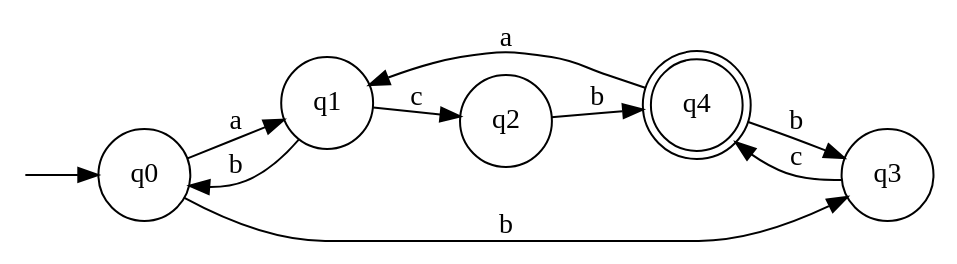
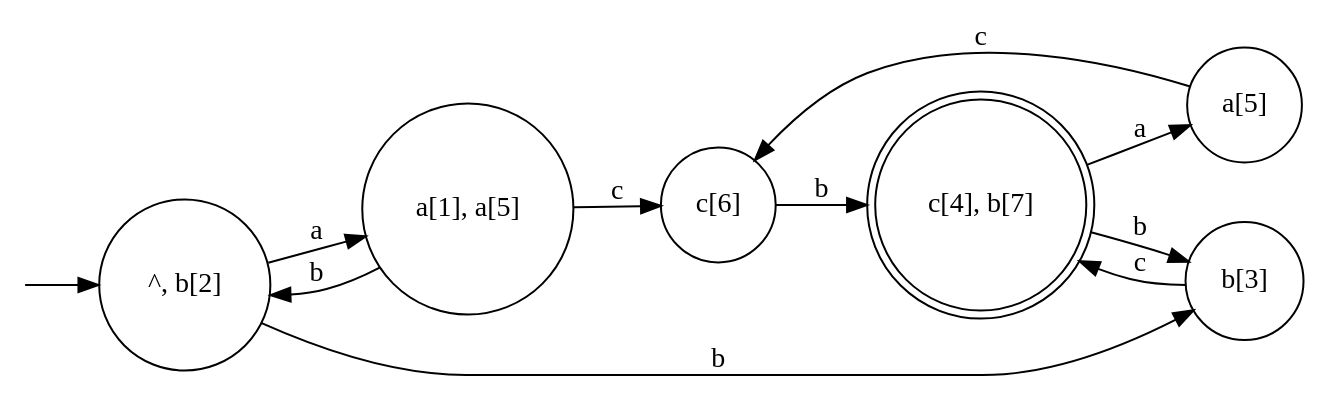
One commit to water-mizuu/finite_automata_conversion changed the diagram in dfa_m.dot. Above: the diagram before and after it, drawn with Graphviz. The commit also changed 9 other files, not shown here.

```diff
--- a/dfa_m.dot
+++ b/dfa_m.dot
@@ -1,18 +1,20 @@
 digraph G {
   rankdir=LR;
   n__ [label="" shape=none width=.0];
-  0 [shape=circle label="q0"];
-  1 [shape=doublecircle label="q4"];
-  2 [shape=circle label="q1"];
-  3 [shape=circle label="q2"];
-  4 [shape=circle label="q3"];
+  0 [shape=circle label="^, b[2]"];
+  1 [shape=doublecircle label="c[4], b[7]"];
+  2 [shape=circle label="a[1], a[5]"];
+  3 [shape=circle label="b[3]"];
+  4 [shape=circle label="c[6]"];
+  5 [shape=circle label="a[5]"];
   n__ -> 0;
   0 -> 2 [label="a"];
-  0 -> 4 [label="b"];
+  0 -> 3 [label="b"];
   2 -> 0 [label="b"];
-  2 -> 3 [label="c"];
-  3 -> 1 [label="b"];
-  4 -> 1 [label="c"];
-  1 -> 2 [label="a"];
-  1 -> 4 [label="b"];
+  2 -> 4 [label="c"];
+  3 -> 1 [label="c"];
+  4 -> 1 [label="b"];
+  1 -> 5 [label="a"];
+  1 -> 3 [label="b"];
+  5 -> 4 [label="c"];
 }
```
